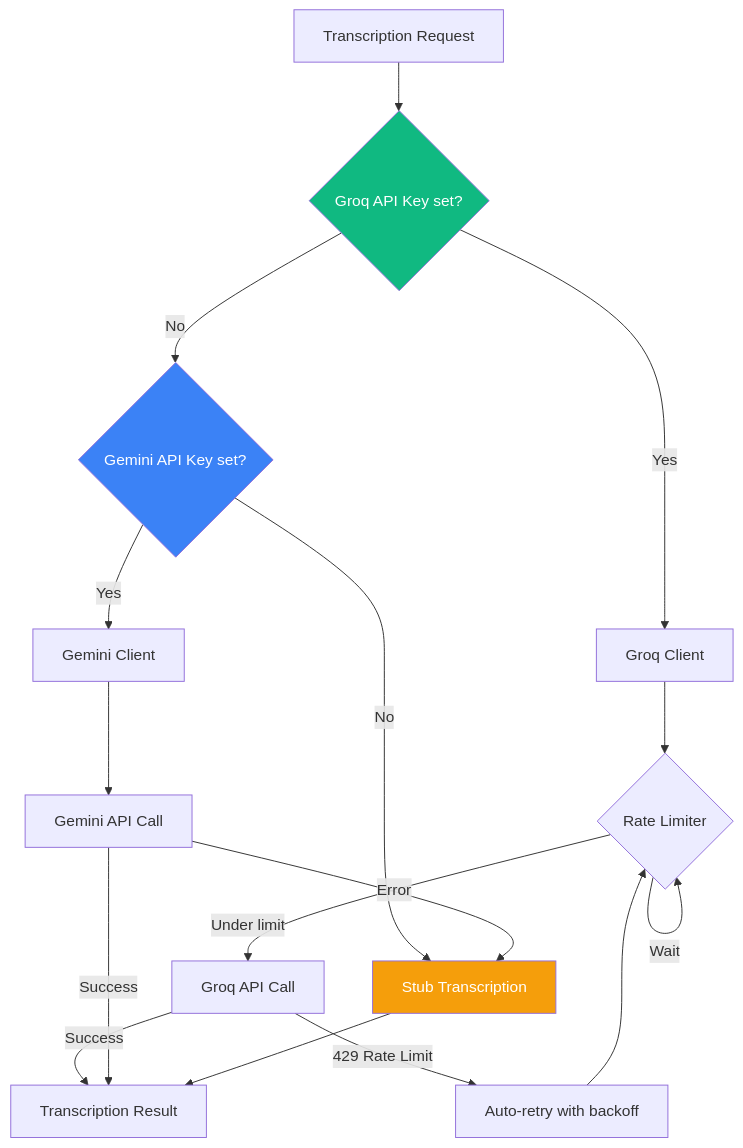
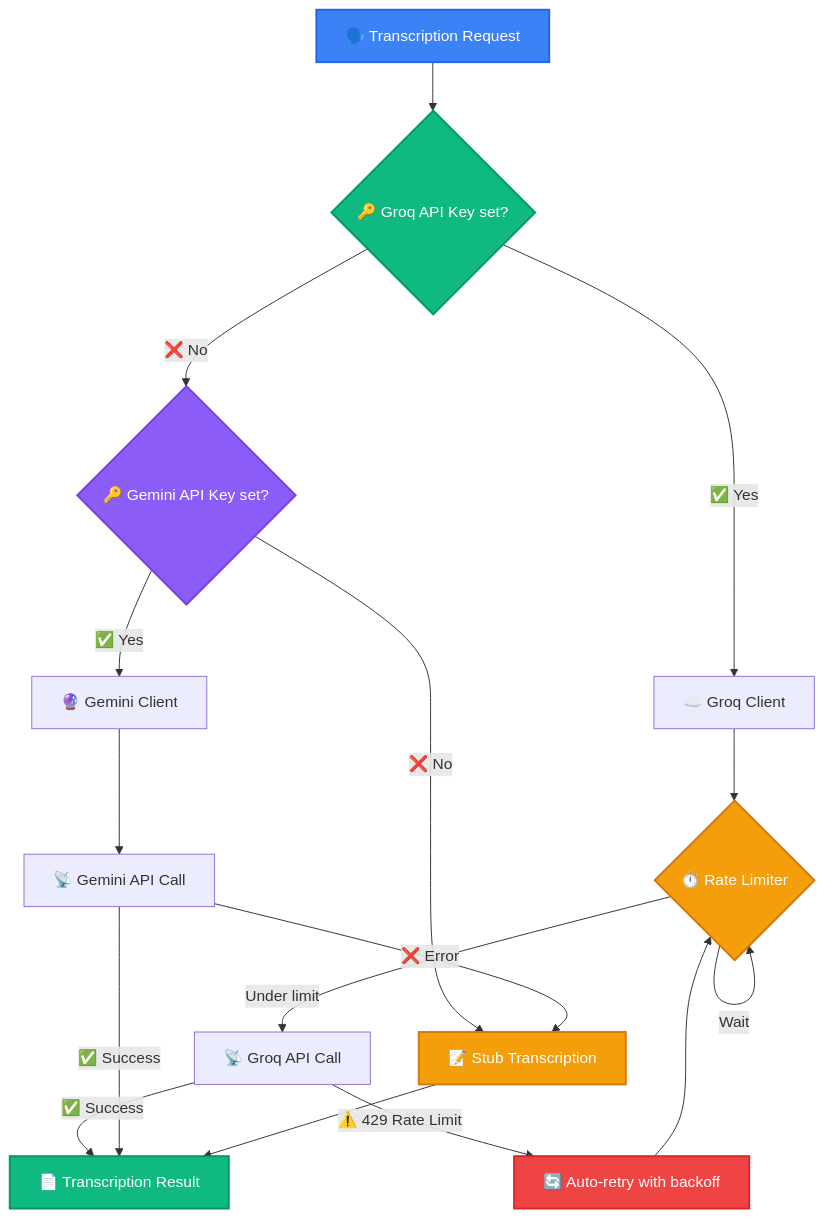
Before and after one commit to samm329-ui/Trimora_v2: the fifth of 7 diagrams in README.md, drawn with Mermaid. The commit also changed other lines of this file and 1 other file, not shown here.

Commit message:
docs: fix mermaid diagrams, add LICENSE file, add decorators and colorful styling to README

````diff
--- a/README.md
+++ b/README.md
@@ -567,26 +585,30 @@
 ```mermaid
 flowchart TD
-    START[Transcription Request] --> GROQ{Groq API Key set?}
-    GROQ -->|Yes| GROQ_CLIENT[Groq Client]
-    GROQ -->|No| GEMINI{Gemini API Key set?}
-    GEMINI -->|Yes| GEMINI_CLIENT[Gemini Client]
-    GEMINI -->|No| STUB[Stub Transcription]
+    START["🗣️ Transcription Request"] --> GROQ{"🔑 Groq API Key set?"}
+    GROQ -->|"✅ Yes"| GROQ_CLIENT["☁️ Groq Client"]
+    GROQ -->|"❌ No"| GEMINI{"🔑 Gemini API Key set?"}
+    GEMINI -->|"✅ Yes"| GEMINI_CLIENT["🔮 Gemini Client"]
+    GEMINI -->|"❌ No"| STUB["📝 Stub Transcription"]
 
-    GROQ_CLIENT --> RATE{Rate Limiter}
-    RATE -->|Under limit| GROQ_CALL[Groq API Call]
-    RATE -->|Wait| RATE
+    GROQ_CLIENT --> RATE{"⏱️ Rate Limiter"}
+    RATE -->|"Under limit"| GROQ_CALL["📡 Groq API Call"]
+    RATE -->|"Wait"| RATE
 
-    GROQ_CALL -->|Success| RESULT[Transcription Result]
-    GROQ_CALL -->|429 Rate Limit| RETRY[Auto-retry with backoff]
+    GROQ_CALL -->|"✅ Success"| RESULT["📄 Transcription Result"]
+    GROQ_CALL -->|"⚠️ 429 Rate Limit"| RETRY["🔄 Auto-retry with backoff"]
     RETRY --> RATE
 
-    GEMINI_CLIENT --> GEMINI_CALL[Gemini API Call]
-    GEMINI_CALL -->|Success| RESULT
-    GEMINI_CALL -->|Error| STUB
+    GEMINI_CLIENT --> GEMINI_CALL["📡 Gemini API Call"]
+    GEMINI_CALL -->|"✅ Success"| RESULT
+    GEMINI_CALL -->|"❌ Error"| STUB
 
     STUB --> RESULT
 
-    style GROQ fill:#10b981,color:#fff
-    style GEMINI fill:#3b82f6,color:#fff
-    style STUB fill:#f59e0b,color:#fff
+    style START fill:#3b82f6,color:#fff,stroke:#2563eb,stroke-width:2px
+    style GROQ fill:#10b981,color:#fff,stroke:#059669,stroke-width:2px
+    style GEMINI fill:#8b5cf6,color:#fff,stroke:#7c3aed,stroke-width:2px
+    style STUB fill:#f59e0b,color:#fff,stroke:#d97706,stroke-width:2px
+    style RATE fill:#f59e0b,color:#fff,stroke:#d97706,stroke-width:2px
+    style RESULT fill:#10b981,color:#fff,stroke:#059669,stroke-width:2px
+    style RETRY fill:#ef4444,color:#fff,stroke:#dc2626,stroke-width:2px
 ```
````
